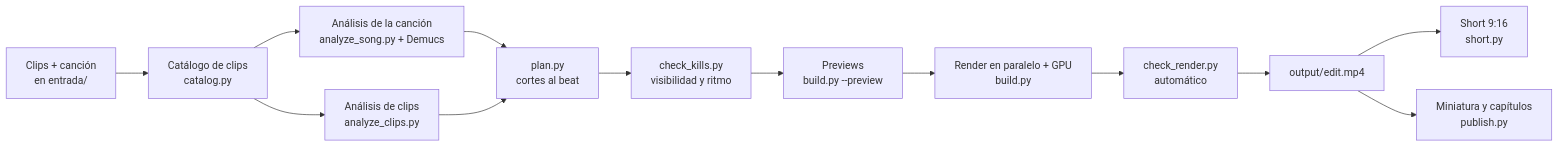
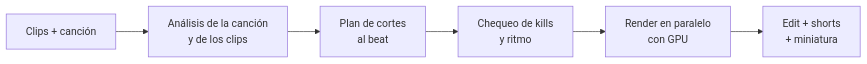
One commit to NicLen17/cs2-montage-generator changed the diagram in README.md. Above: the diagram before and after it, drawn with Mermaid. The commit also changed other lines of this file and 4 other files, not shown here.

First line of the commit message:
README: rediseño más corto, portada con miniatura generada

````diff
--- a/README.md
+++ b/README.md
@@ -28,15 +101,8 @@
 ```mermaid
 flowchart LR
-    A[Clips + canción<br/>en entrada/] --> B[Catálogo de clips<br/>catalog.py]
-    B --> C[Análisis de la canción<br/>analyze_song.py + Demucs]
-    B --> D[Análisis de clips<br/>analyze_clips.py]
-    C --> E[plan.py<br/>cortes al beat]
-    D --> E
-    E --> F[check_kills.py<br/>visibilidad y ritmo]
-    F --> G[Previews<br/>build.py --preview]
-    G --> H[Render en paralelo + GPU<br/>build.py]
-    H --> I[check_render.py<br/>automático]
-    I --> J[output/edit.mp4]
-    J --> K[Short 9:16<br/>short.py]
-    J --> L[Miniatura y capítulos<br/>publish.py]
+    A[Clips + canción] --> B[Análisis de la canción<br/>y de los clips]
+    B --> C[Plan de cortes<br/>al beat]
+    C --> D[Chequeo de kills<br/>y ritmo]
+    D --> E[Render en paralelo<br/>con GPU]
+    E --> F[Edit + shorts<br/>+ miniatura]
 ```
````
